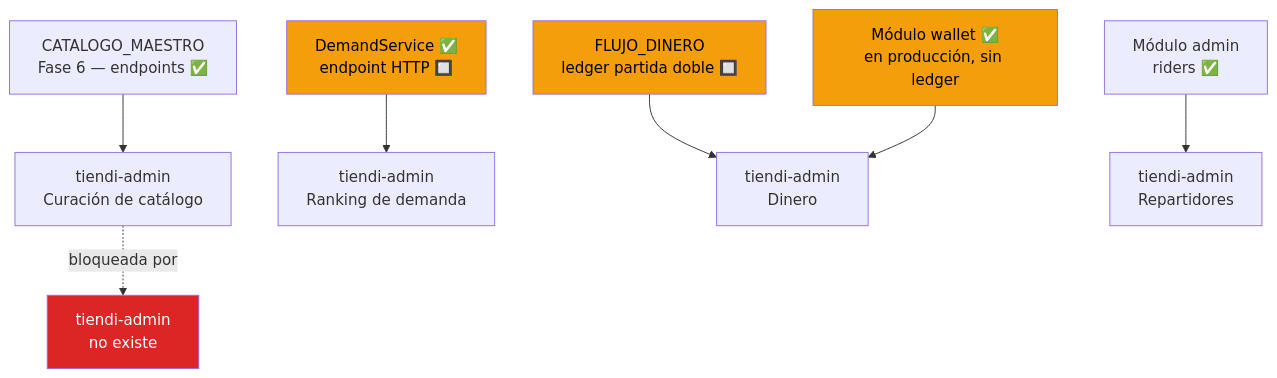
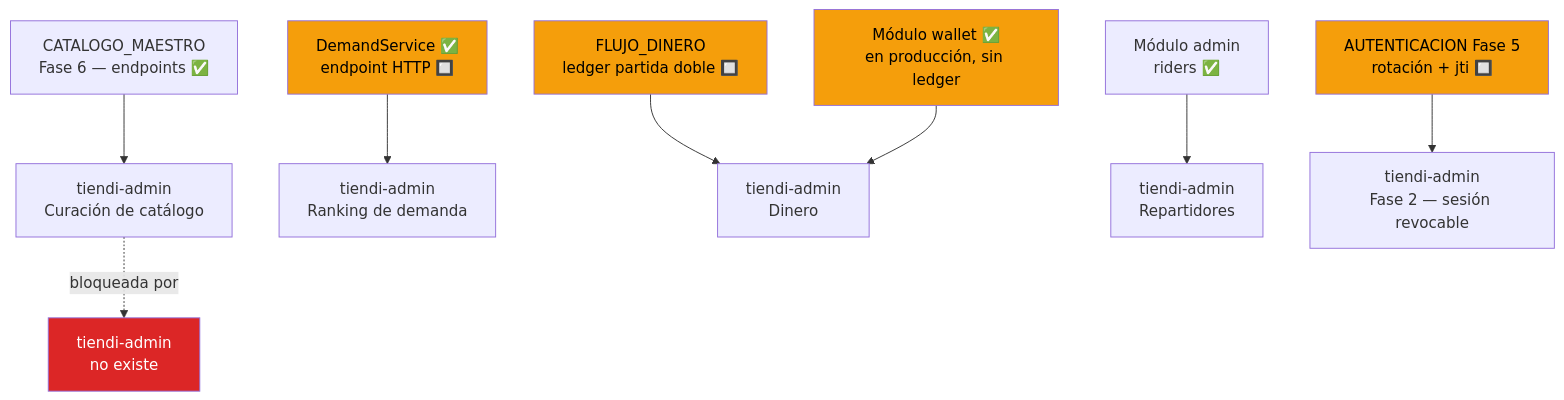
The eighth of 10 diagrams in DOCS/TIENDI_ADMIN.md (kanoso/ecommcerce-saas-sonet), drawn with Mermaid before and after one commit. The commit also changed other lines of this file, not shown here.

Commit message:
docs(admin): alinear referencias de scope a @kanoso

````diff
--- a/DOCS/TIENDI_ADMIN.md
+++ b/DOCS/TIENDI_ADMIN.md
@@ -428,15 +431,17 @@
 ```mermaid
 flowchart TD
     CAT["CATALOGO_MAESTRO<br/>Fase 6 — endpoints ✅"] --> AD["tiendi-admin<br/>Curación de catálogo"]
     DEM["DemandService ✅<br/>endpoint HTTP 🔲"] --> AD4["tiendi-admin<br/>Ranking de demanda"]
     FD["FLUJO_DINERO<br/>ledger partida doble 🔲"] --> AD2["tiendi-admin<br/>Dinero"]
     WAL["Módulo wallet ✅<br/>en producción, sin ledger"] --> AD2
     ADM["Módulo admin<br/>riders ✅"] --> AD3["tiendi-admin<br/>Repartidores"]
+    AUTH["AUTENTICACION Fase 5<br/>rotación + jti 🔲"] --> AD5["tiendi-admin<br/>Fase 2 — sesión revocable"]
 
     AD -.->|"bloqueada por"| ADM2["tiendi-admin<br/>no existe"]
 
     style ADM2 fill:#dc2626,color:#fff
     style FD fill:#f59e0b,color:#000
     style DEM fill:#f59e0b,color:#000
     style WAL fill:#f59e0b,color:#000
+    style AUTH fill:#f59e0b,color:#000
 ```
````
